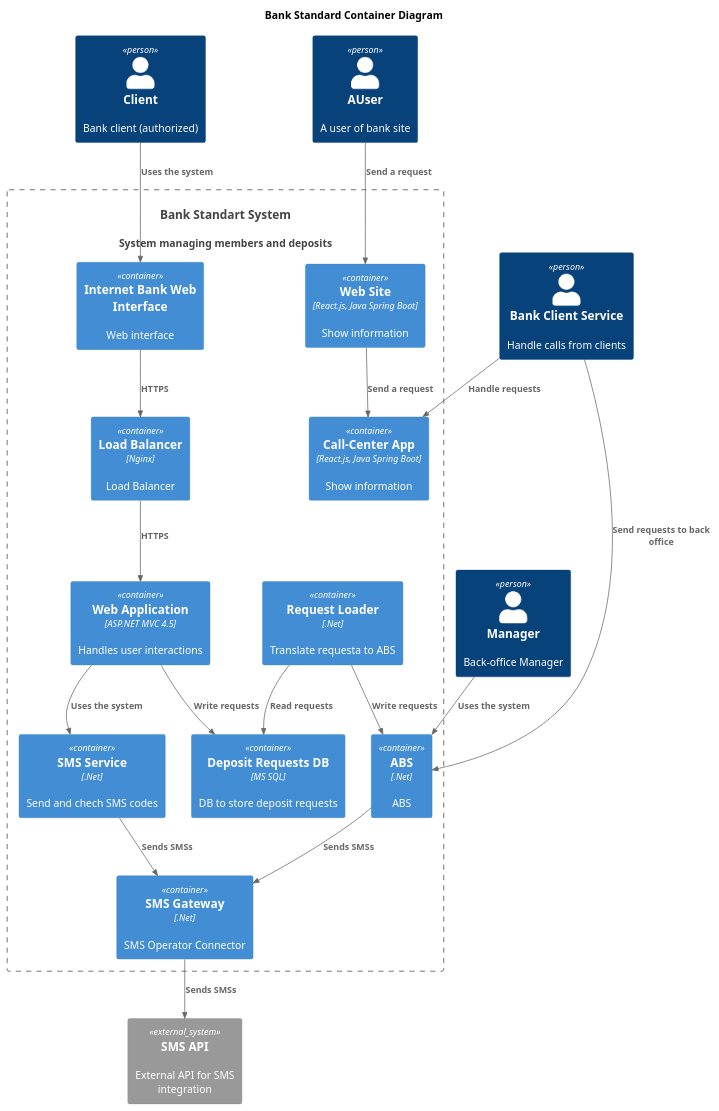
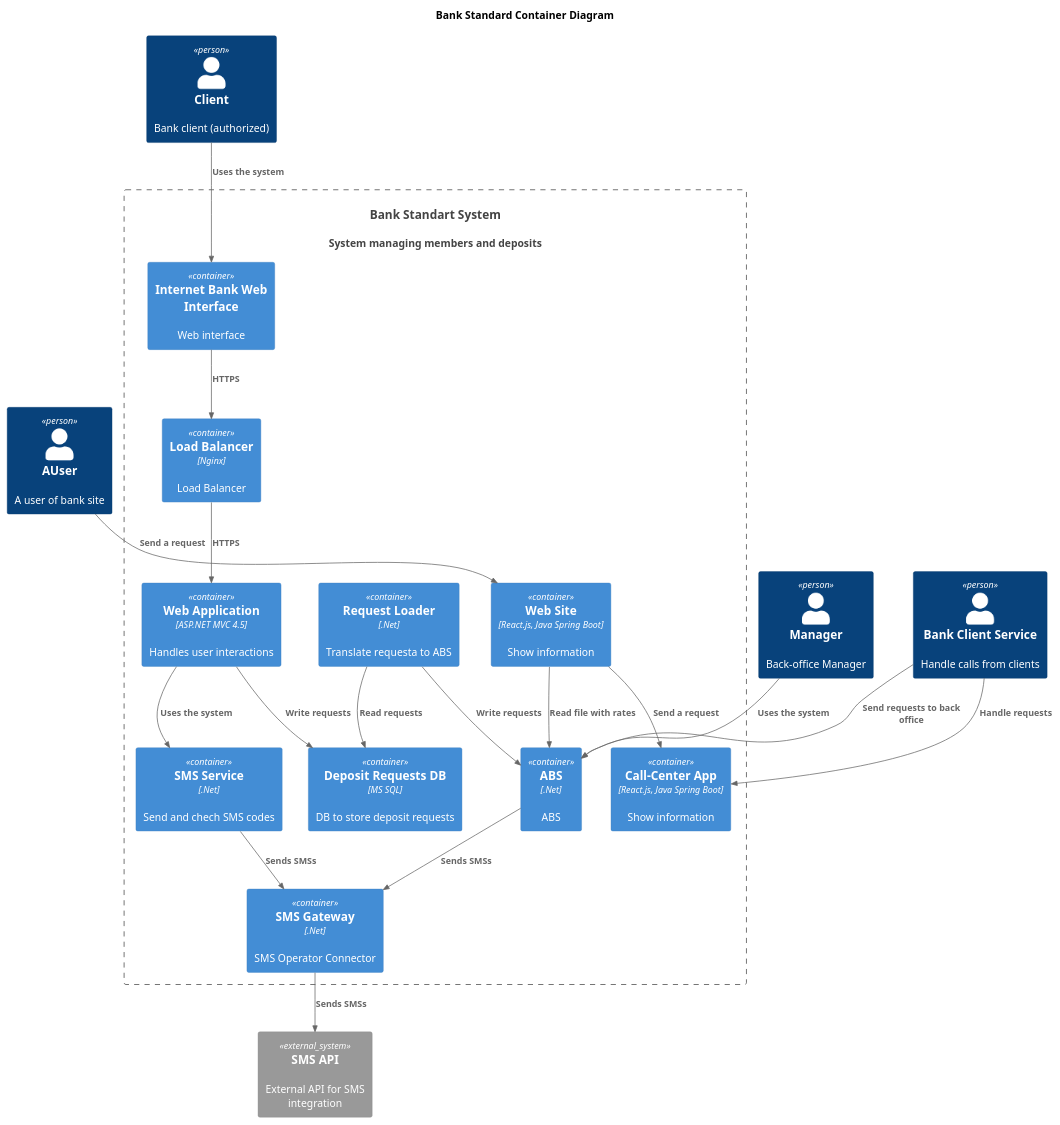
One commit to yailiaya/yp-architecture-standart changed the diagram in Task3/ToBe_StandartBank_Container.puml. Above: the diagram before and after it, drawn with PlantUML.

Commit message:
Update Container diagram

```diff
--- a/Task3/ToBe_StandartBank_Container.puml
+++ b/Task3/ToBe_StandartBank_Container.puml
@@ -1,50 +1,50 @@
 @startuml
 title Bank Standard Container Diagram
 
 top to bottom direction
 
 !includeurl https://raw.githubusercontent.com/RicardoNiepel/C4-PlantUML/master/C4_Component.puml
 
 Person(user, "AUser", "A user of bank site")
 Person(client, "Client", "Bank client (authorized)")
 Person(manager, "Manager", "Back-office Manager")
 Person(bank_client_service, "Bank Client Service", "Handle calls from clients")
 
 System(StandartBankSystem, "Bank Standart System", "System managing members and deposits")
 
 Container_Boundary(StandartBankSystem, "Standart Bank System") {
   Container(WebFrontApp, "Internet Bank Web Interface", "", "Web interface")
   Container(LoadBalancer, "Load Balancer", "Nginx", "Load Balancer")
   Container(WebApp, "Web Application", "ASP.NET MVC 4.5", "Handles user interactions")
   Container(SMSService, "SMS Service", ".Net", "Send and chech SMS codes")
   Container(SMSGateway, "SMS Gateway", ".Net", "SMS Operator Connector")
   Container(DepositRequestDB, "Deposit Requests DB", "MS SQL", "DB to store deposit requests")
   Container(RequestsLoader, "Request Loader", ".Net", "Translate requesta to ABS")
   Container(ABS, "ABS", ".Net", "ABS")
 
   Container(Site, "Web Site", "React.js, Java Spring Boot", "Show information")
   Container(CallCenter, "Call-Center App", "React.js, Java Spring Boot", "Show information")
 
 }
 
 System_Ext(sms_operator, "SMS API", "External API for SMS integration")
 
 Rel(client, WebFrontApp, "Uses the system")
 Rel(manager, ABS, "Uses the system")
 Rel(WebFrontApp, LoadBalancer, "HTTPS")
 Rel(LoadBalancer, WebApp, "HTTPS")
 Rel(WebApp, SMSService, "Uses the system")
 Rel(WebApp, DepositRequestDB, "Write requests")
 Rel(RequestsLoader, DepositRequestDB, "Read requests")
 Rel(RequestsLoader, ABS, "Write requests")
 Rel(SMSService, SMSGateway, "Sends SMSs")
 Rel(SMSGateway, sms_operator, "Sends SMSs")
 Rel(ABS, SMSGateway, "Sends SMSs")
 
 Rel(user, Site, "Send a request")
-Rel(Site, CallCenter, "Send a request")
+Rel(Site, ABS, "Read file with rates")
 Rel(bank_client_service, CallCenter, "Handle requests")
 Rel(bank_client_service, ABS, "Send requests to back office")
-
+Rel(Site, CallCenter, "Send a request")
 
 @enduml
```
